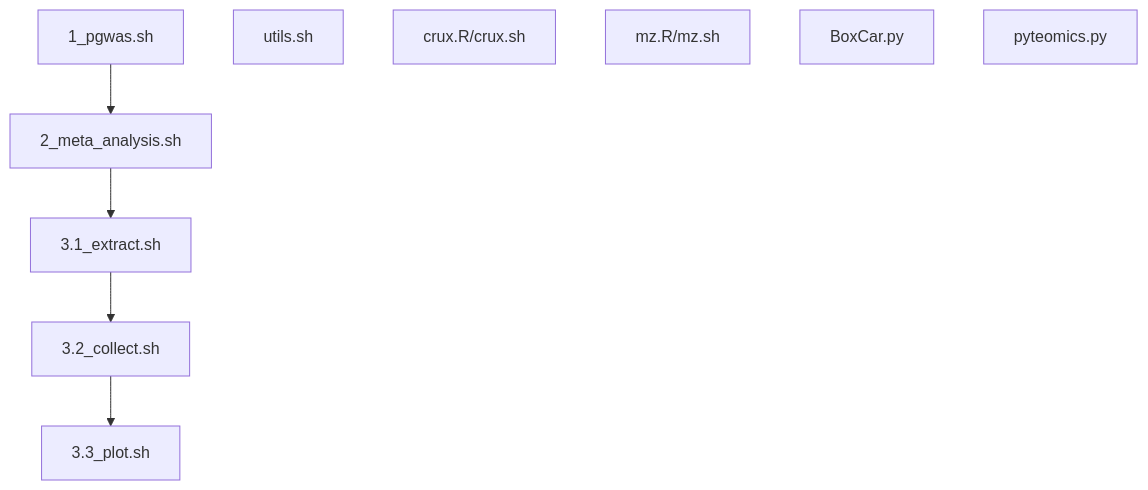
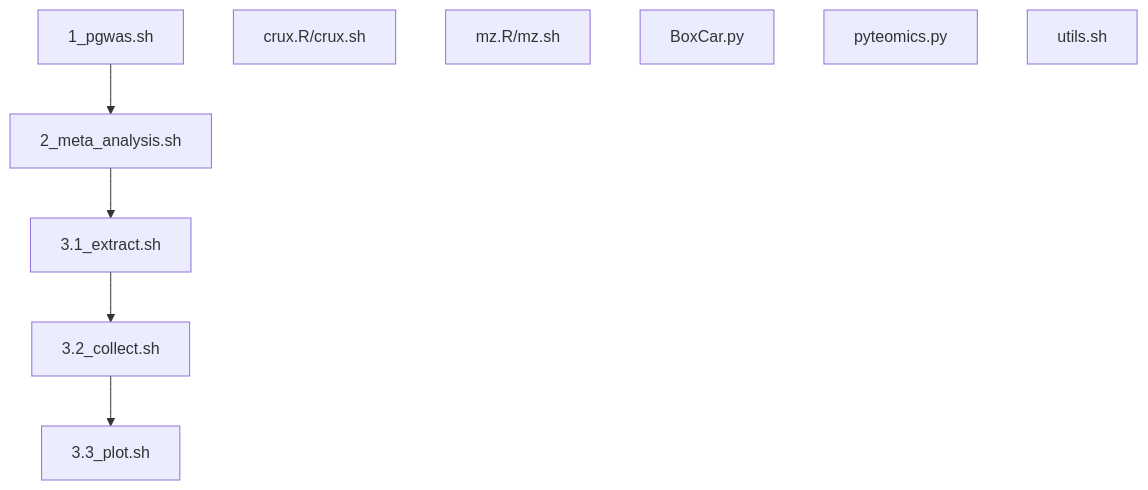
One commit to jinghuazhao/Caprion changed the diagram in peptide_progs/README.md. Above: the diagram before and after it, drawn with Mermaid. The commit also changed other lines of this file, not shown here.

````diff
--- a/peptide_progs/README.md
+++ b/peptide_progs/README.md
@@ -9,14 +9,14 @@
 ```mermaid
 graph TD;
 1_pgwas.sh
 2_meta_analysis.sh
 3.1_extract.sh
 3.2_collect.sh
 3.3_plot.sh
 1_pgwas.sh --> 2_meta_analysis.sh --> 3.1_extract.sh --> 3.2_collect.sh --> 3.3_plot.sh
-utils.sh
 crux.R/crux.sh
 mz.R/mz.sh
 BoxCar.py
 pyteomics.py
+utils.sh
 ```
````
